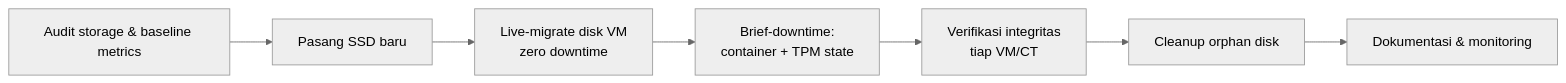
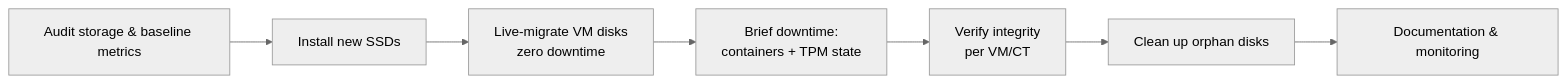
Before and after one commit to mymy-vonthys/Zero-Downtime-Storage-Migration-HDD-SSD-on-Production-Proxmox-Cluster: the second of 3 diagrams in README.md, drawn with Mermaid (neutral theme). The commit also changed other lines of this file, not shown here.

````diff
--- a/README.md
+++ b/README.md
@@ -100,9 +100,9 @@
 ```mermaid
 flowchart LR
-    A[Audit storage & baseline metrics] --> B[Pasang SSD baru]
-    B --> C[Live-migrate disk VM<br/>zero downtime]
-    C --> D[Brief-downtime:<br/>container + TPM state]
-    D --> E[Verifikasi integritas<br/>tiap VM/CT]
-    E --> F[Cleanup orphan disk]
-    F --> G[Dokumentasi & monitoring]
+    A[Audit storage & baseline metrics] --> B[Install new SSDs]
+    B --> C[Live-migrate VM disks<br/>zero downtime]
+    C --> D[Brief downtime:<br/>containers + TPM state]
+    D --> E[Verify integrity<br/>per VM/CT]
+    E --> F[Clean up orphan disks]
+    F --> G[Documentation & monitoring]
 ```
````
